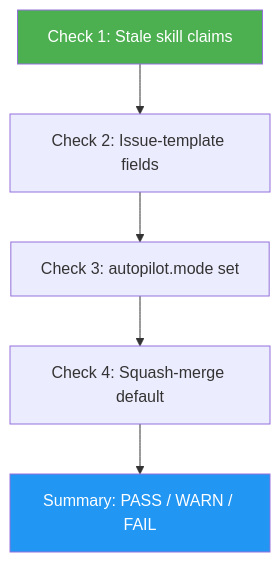
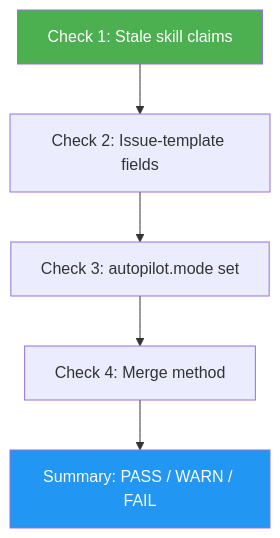
One commit to luongnv89/idd changed the diagram in src/internal-skills/idd-doctor/docs/README.md. Above: the diagram before and after it, drawn with Mermaid. The commit also changed other lines of this file and 93 other files, not shown here.

First line of the commit message:
refactor(review): let a repo keep its merge method and pr template (#564) (#596)

````diff
--- a/src/internal-skills/idd-doctor/docs/README.md
+++ b/src/internal-skills/idd-doctor/docs/README.md
@@ -31,9 +31,9 @@
 ```mermaid
 graph TD
     A["Check 1: Stale skill claims"] --> B["Check 2: Issue-template fields"]
     B --> C["Check 3: autopilot.mode set"]
-    C --> D["Check 4: Squash-merge default"]
+    C --> D["Check 4: Merge method"]
     D --> E["Summary: PASS / WARN / FAIL"]
     style A fill:#4CAF50,color:#fff
     style E fill:#2196F3,color:#fff
 ```
````
